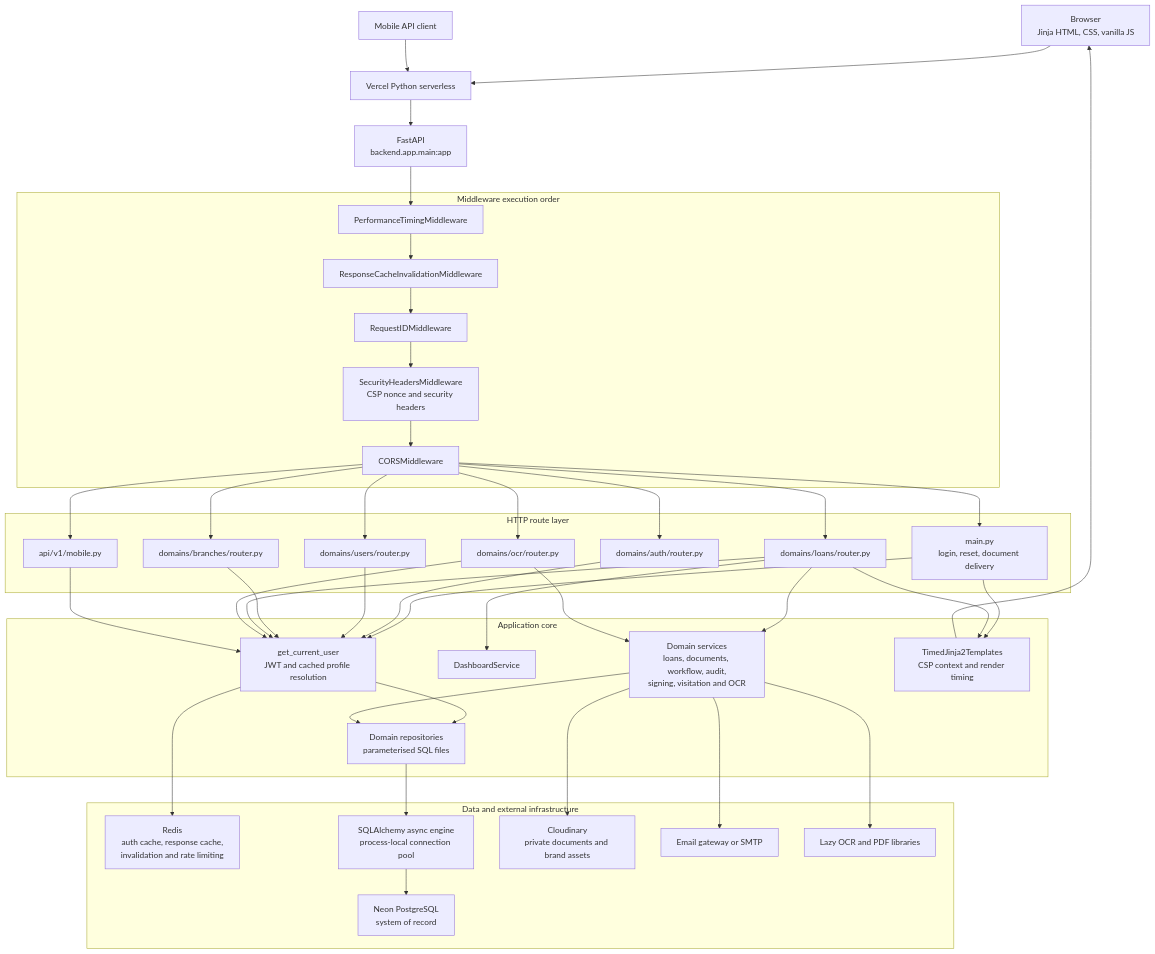
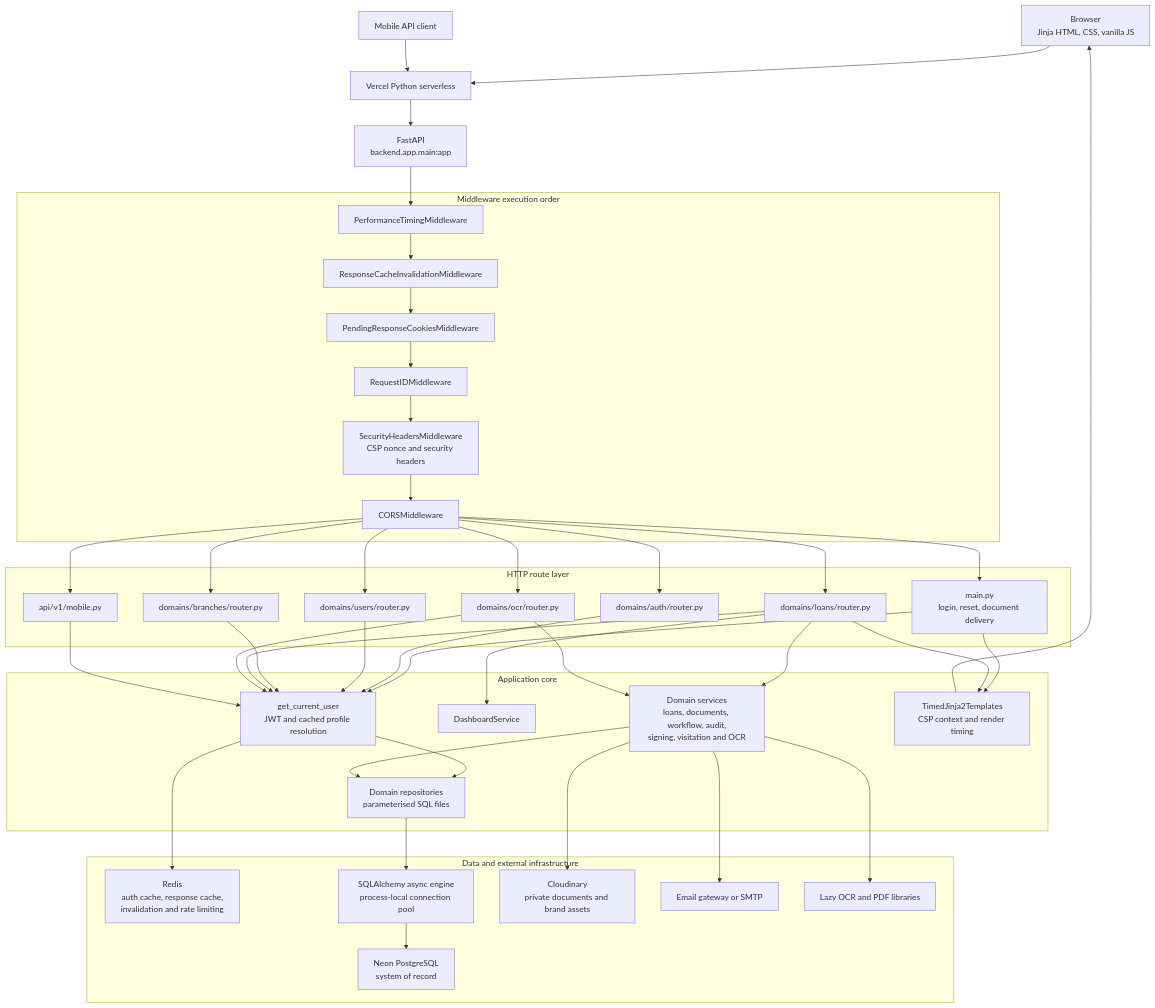
Before and after one commit to Opeoluwa-Muritala/FieldCRM-Project: the diagram in docs/system-architecture/current-component-map.mmd, drawn with Mermaid. The commit also changed 38 other files, not shown here.

```diff
--- a/docs/system-architecture/current-component-map.mmd
+++ b/docs/system-architecture/current-component-map.mmd
@@ -1,82 +1,84 @@
 flowchart TD
     Browser["Browser<br/>Jinja HTML, CSS, vanilla JS"]
     Mobile["Mobile API client"]
     Vercel["Vercel Python serverless"]
     App["FastAPI<br/>backend.app.main:app"]
 
     subgraph Middleware["Middleware execution order"]
         Performance["PerformanceTimingMiddleware"]
         CacheInvalidation["ResponseCacheInvalidationMiddleware"]
+        PendingCookies["PendingResponseCookiesMiddleware"]
         RequestID["RequestIDMiddleware"]
         Security["SecurityHeadersMiddleware<br/>CSP nonce and security headers"]
         CORS["CORSMiddleware"]
     end
 
     subgraph Routes["HTTP route layer"]
         MainRoutes["main.py<br/>login, reset, document delivery"]
         AuthRoutes["domains/auth/router.py"]
         UserRoutes["domains/users/router.py"]
         BranchRoutes["domains/branches/router.py"]
         LoanRoutes["domains/loans/router.py"]
         OCRRoutes["domains/ocr/router.py"]
         MobileRoutes["api/v1/mobile.py"]
     end
 
     subgraph Core["Application core"]
         Auth["get_current_user<br/>JWT and cached profile resolution"]
         Dashboard["DashboardService"]
         Services["Domain services<br/>loans, documents, workflow, audit,<br/>signing, visitation and OCR"]
         Repositories["Domain repositories<br/>parameterised SQL files"]
         Templates["TimedJinja2Templates<br/>CSP context and render timing"]
     end
 
     subgraph Infrastructure["Data and external infrastructure"]
         Redis["Redis<br/>auth cache, response cache,<br/>invalidation and rate limiting"]
         Engine["SQLAlchemy async engine<br/>process-local connection pool"]
         Neon["Neon PostgreSQL<br/>system of record"]
         Cloudinary["Cloudinary<br/>private documents and brand assets"]
         Email["Email gateway or SMTP"]
         OCR["Lazy OCR and PDF libraries"]
     end
 
     Browser --> Vercel
     Mobile --> Vercel
     Vercel --> App
     App --> Performance
     Performance --> CacheInvalidation
-    CacheInvalidation --> RequestID
+    CacheInvalidation --> PendingCookies
+    PendingCookies --> RequestID
     RequestID --> Security
     Security --> CORS
 
     CORS --> MainRoutes
     CORS --> AuthRoutes
     CORS --> UserRoutes
     CORS --> BranchRoutes
     CORS --> LoanRoutes
     CORS --> OCRRoutes
     CORS --> MobileRoutes
 
     MainRoutes --> Auth
     AuthRoutes --> Auth
     UserRoutes --> Auth
     BranchRoutes --> Auth
     LoanRoutes --> Auth
     OCRRoutes --> Auth
     MobileRoutes --> Auth
 
     Auth --> Redis
     Auth --> Repositories
     LoanRoutes --> Dashboard
     LoanRoutes --> Services
     OCRRoutes --> Services
     Services --> Repositories
     Repositories --> Engine
     Engine --> Neon
 
     Services --> Cloudinary
     Services --> Email
     Services --> OCR
 
     MainRoutes --> Templates
     LoanRoutes --> Templates
     Templates --> Browser
```
